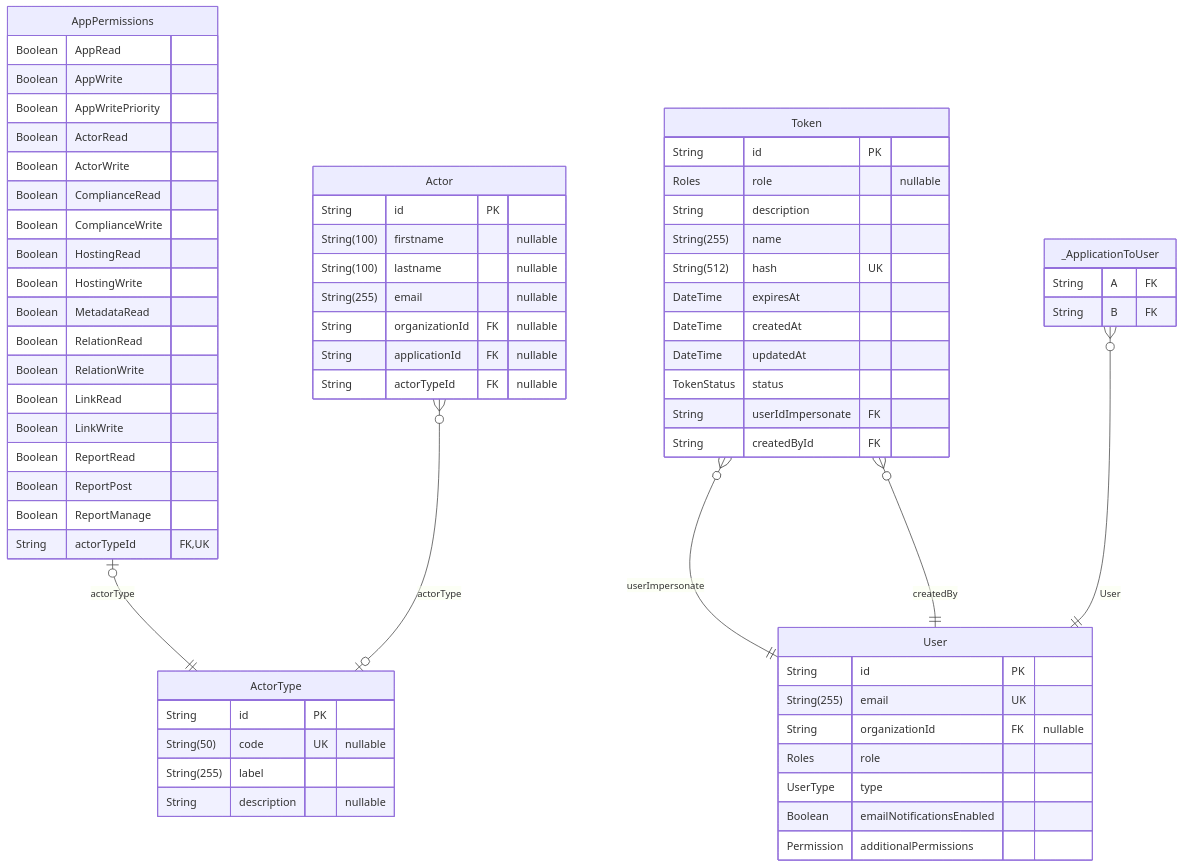
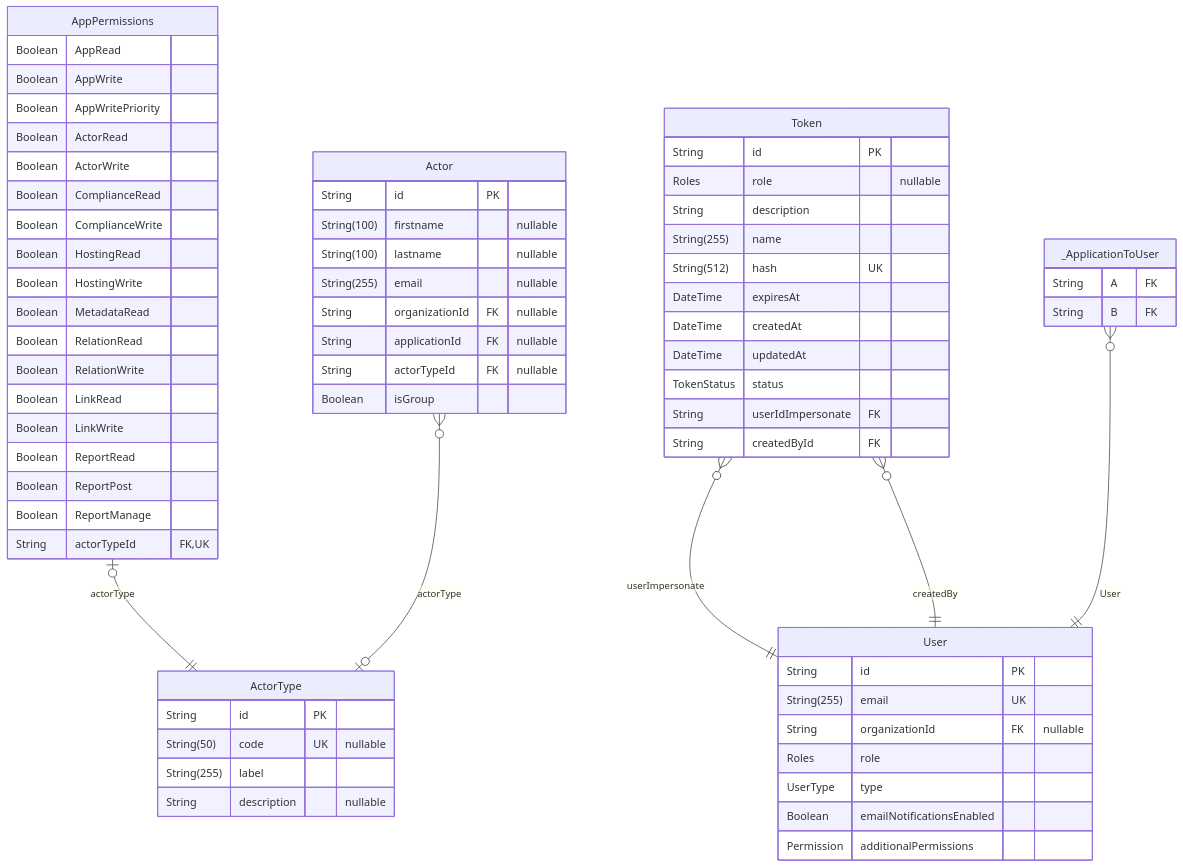
Before and after one commit to dnum-mi/referentiel-applications: the tenth of 13 diagrams in backend/prisma/docs/schema.md, drawn with Mermaid. The commit also changed other lines of this file and 10 other files, not shown here.

````diff
--- a/backend/prisma/docs/schema.md
+++ b/backend/prisma/docs/schema.md
@@ -580,69 +580,70 @@
 ```mermaid
 erDiagram
 "AppPermissions" {
   Boolean AppRead
   Boolean AppWrite
   Boolean AppWritePriority
   Boolean ActorRead
   Boolean ActorWrite
   Boolean ComplianceRead
   Boolean ComplianceWrite
   Boolean HostingRead
   Boolean HostingWrite
   Boolean MetadataRead
   Boolean RelationRead
   Boolean RelationWrite
   Boolean LinkRead
   Boolean LinkWrite
   Boolean ReportRead
   Boolean ReportPost
   Boolean ReportManage
   String actorTypeId FK,UK
 }
 "Token" {
   String id PK
   Roles role "nullable"
   String description
   String(255) name
   String(512) hash UK
   DateTime expiresAt
   DateTime createdAt
   DateTime updatedAt
   TokenStatus status
   String userIdImpersonate FK
   String createdById FK
 }
 "User" {
   String id PK
   String(255) email UK
   String organizationId FK "nullable"
   Roles role
   UserType type
   Boolean emailNotificationsEnabled
   Permission additionalPermissions
 }
 "Actor" {
   String id PK
   String(100) firstname "nullable"
   String(100) lastname "nullable"
   String(255) email "nullable"
   String organizationId FK "nullable"
   String applicationId FK "nullable"
   String actorTypeId FK "nullable"
+  Boolean isGroup
 }
 "ActorType" {
   String id PK
   String(50) code UK "nullable"
   String(255) label
   String description "nullable"
 }
 "_ApplicationToUser" {
   String A FK
   String B FK
 }
 "AppPermissions" |o--|| "ActorType" : actorType
 "Token" }o--|| "User" : userImpersonate
 "Token" }o--|| "User" : createdBy
 "Actor" }o--o| "ActorType" : actorType
 "_ApplicationToUser" }o--|| "User" : User
 ```
````
